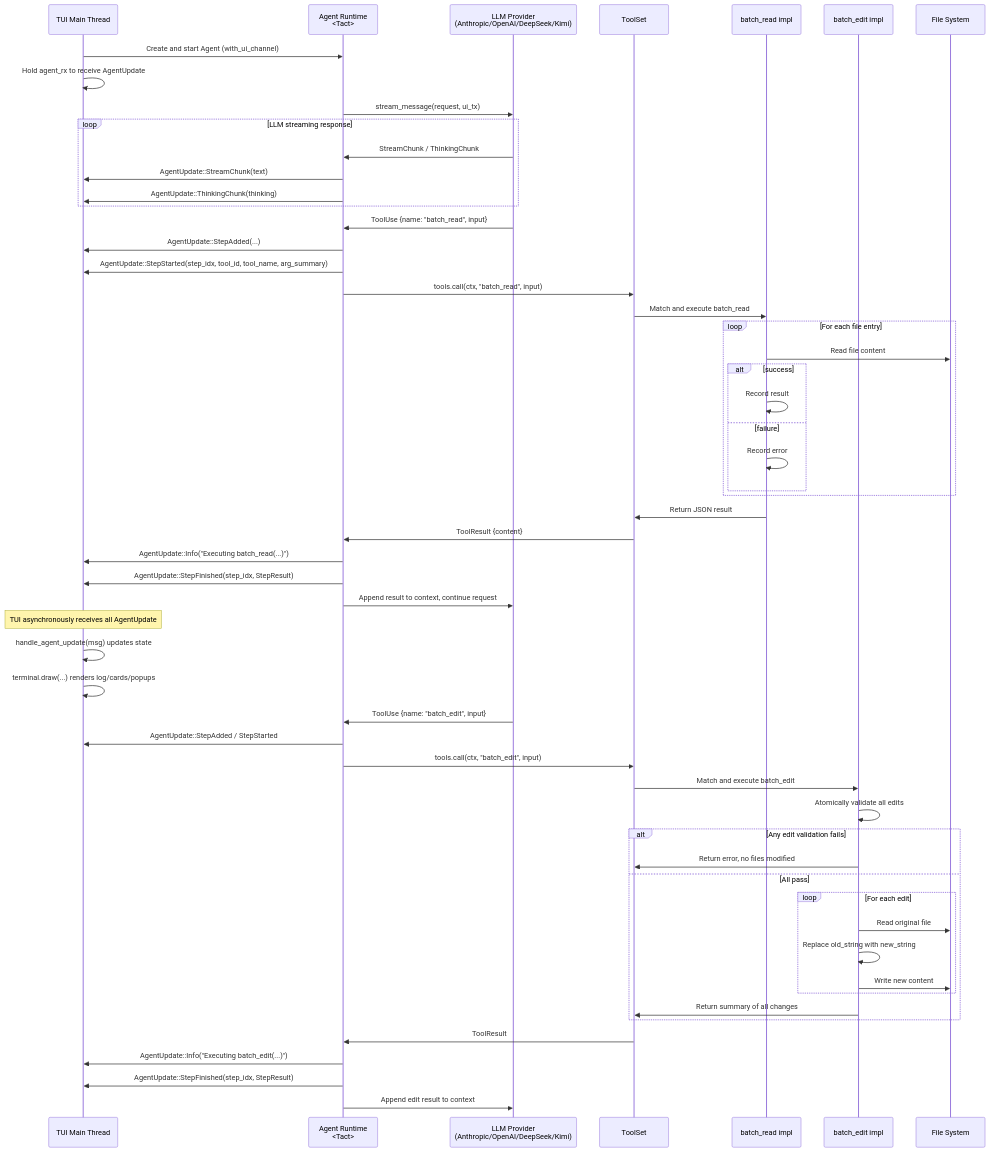
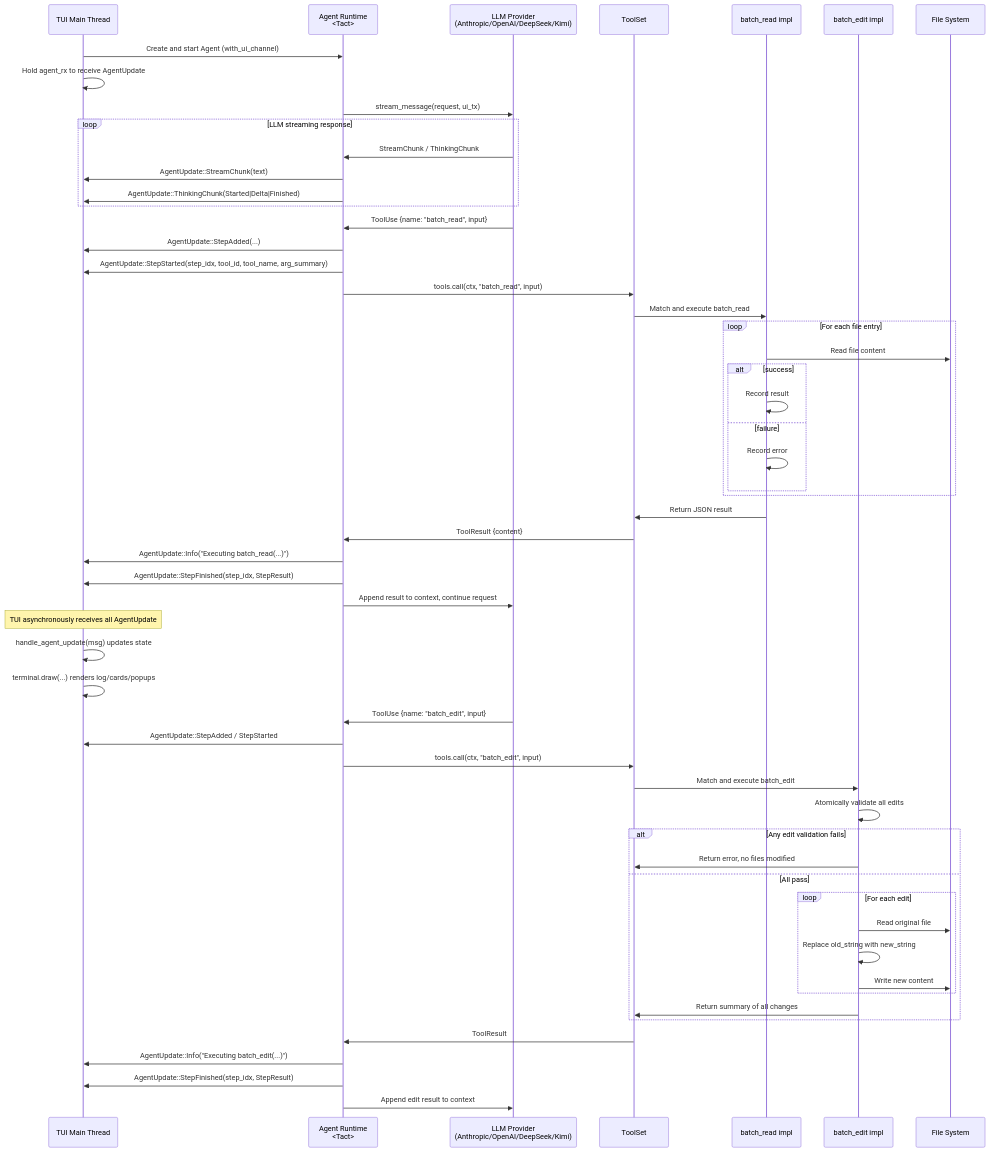
One commit to rust-infra/tact changed the first of 6 diagrams in docs/batch_tools_flow.md. Above: the diagram before and after it, drawn with Mermaid. The commit also changed other lines of this file and 16 other files, not shown here.

First line of the commit message:
refactor(protocol): make ThinkingChunk an explicit Started/Delta/Finished lifecycle

````diff
--- a/docs/batch_tools_flow.md
+++ b/docs/batch_tools_flow.md
@@ -12,73 +12,73 @@
 ```mermaid
 sequenceDiagram
     participant TUI as TUI Main Thread
     participant Agent as Agent Runtime<br/><Tact>
     participant LLM as LLM Provider<br/>(Anthropic/OpenAI/DeepSeek/Kimi)
     participant Toolset as ToolSet
     participant BatchRead as batch_read impl
     participant BatchEdit as batch_edit impl
     participant FS as File System
 
     TUI->>Agent: Create and start Agent (with_ui_channel)
     TUI->>TUI: Hold agent_rx to receive AgentUpdate
 
     Agent->>LLM: stream_message(request, ui_tx)
 
     loop LLM streaming response
         LLM->>Agent: StreamChunk / ThinkingChunk
         Agent->>TUI: AgentUpdate::StreamChunk(text)
-        Agent->>TUI: AgentUpdate::ThinkingChunk(thinking)
+        Agent->>TUI: AgentUpdate::ThinkingChunk(Started|Delta|Finished)
     end
 
     LLM->>Agent: ToolUse {name: "batch_read", input}
     Agent->>TUI: AgentUpdate::StepAdded(...)
     Agent->>TUI: AgentUpdate::StepStarted(step_idx, tool_id, tool_name, arg_summary)
 
     Agent->>Toolset: tools.call(ctx, "batch_read", input)
     Toolset->>BatchRead: Match and execute batch_read
 
     loop For each file entry
         BatchRead->>FS: Read file content
         alt success
             BatchRead->>BatchRead: Record result
         else failure
             BatchRead->>BatchRead: Record error
         end
     end
 
     BatchRead->>Toolset: Return JSON result
     Toolset->>Agent: ToolResult {content}
 
     Agent->>TUI: AgentUpdate::Info("Executing batch_read(...)")
     Agent->>TUI: AgentUpdate::StepFinished(step_idx, StepResult)
 
     Agent->>LLM: Append result to context, continue request
 
     Note over TUI: TUI asynchronously receives all AgentUpdate
     TUI->>TUI: handle_agent_update(msg) updates state
     TUI->>TUI: terminal.draw(...) renders log/cards/popups
 
     LLM->>Agent: ToolUse {name: "batch_edit", input}
     Agent->>TUI: AgentUpdate::StepAdded / StepStarted
     Agent->>Toolset: tools.call(ctx, "batch_edit", input)
     Toolset->>BatchEdit: Match and execute batch_edit
 
     BatchEdit->>BatchEdit: Atomically validate all edits
 
     alt Any edit validation fails
         BatchEdit->>Toolset: Return error, no files modified
     else All pass
         loop For each edit
             BatchEdit->>FS: Read original file
             BatchEdit->>BatchEdit: Replace old_string with new_string
             BatchEdit->>FS: Write new content
         end
         BatchEdit->>Toolset: Return summary of all changes
     end
 
     Toolset->>Agent: ToolResult
     Agent->>TUI: AgentUpdate::Info("Executing batch_edit(...)")
     Agent->>TUI: AgentUpdate::StepFinished(step_idx, StepResult)
 
     Agent->>LLM: Append edit result to context
 ```
````
